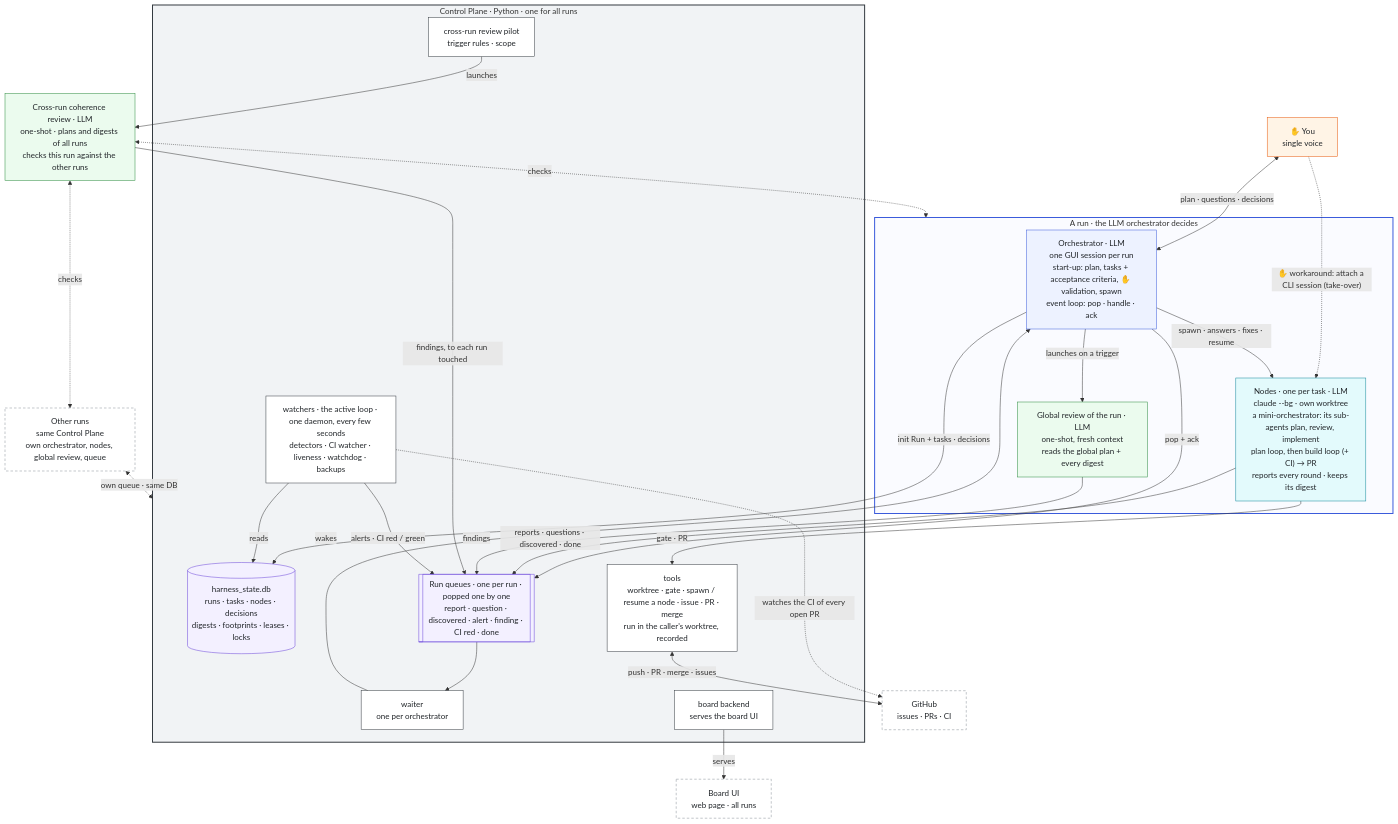
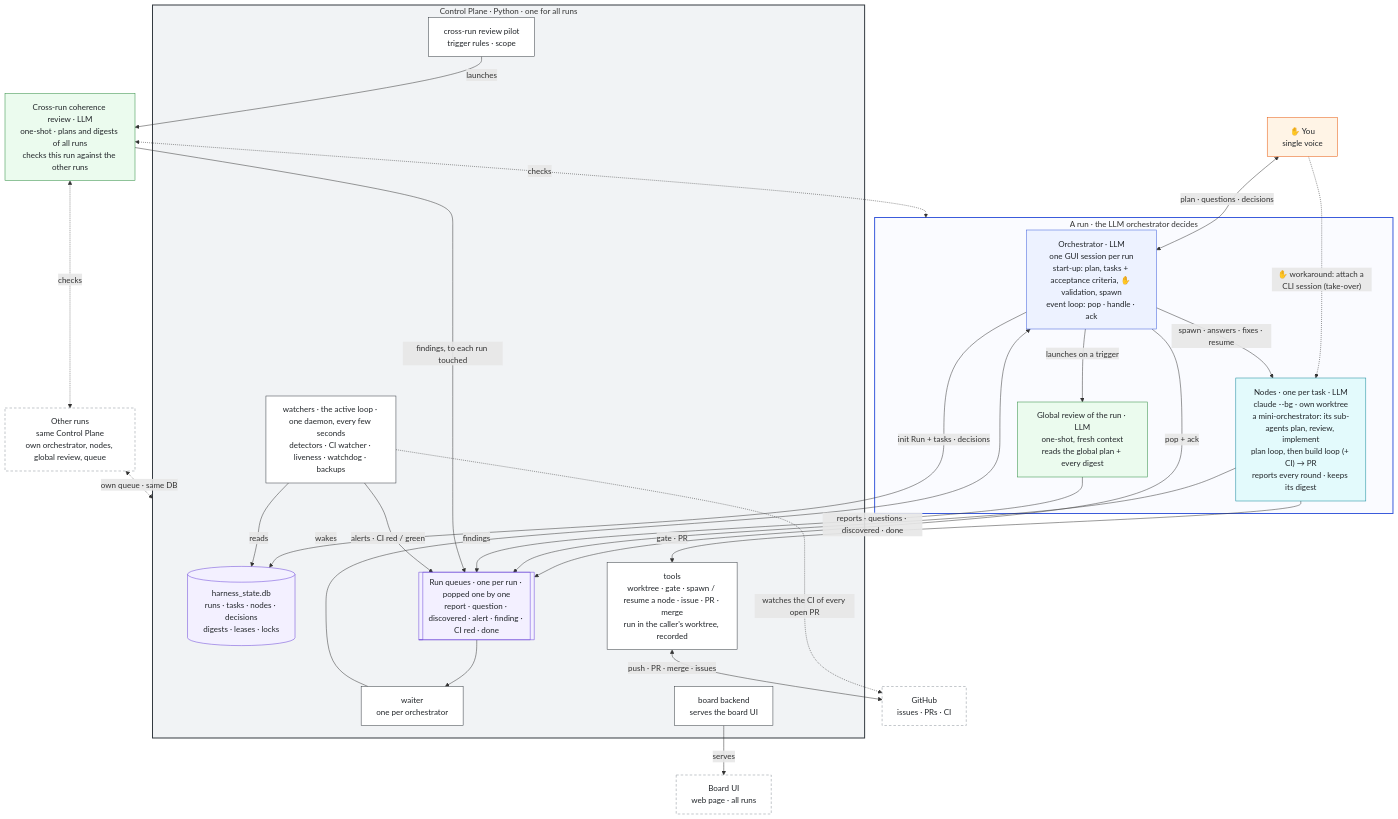
Before and after one commit to tmenguy/quiet-solar: the first of 7 diagrams in docs/epics/QS-369.md, drawn with Mermaid. The commit also changed other lines of this file and 2 other files, not shown here.

```diff
--- a/docs/epics/QS-369.md
+++ b/docs/epics/QS-369.md
@@ -526,7 +526,7 @@
     xr["Cross-run coherence review · LLM<br/>one-shot · plans and digests of all runs<br/>checks this run against the other runs"]
 
     subgraph CP["Control Plane · Python · one for all runs"]
-        state[("harness_state.db<br/>runs · tasks · nodes · decisions<br/>digests · footprints · leases · locks")]
+        state[("harness_state.db<br/>runs · tasks · nodes · decisions<br/>digests · leases · locks")]
         waiter["waiter<br/>one per orchestrator"]
         queue[["Run queues · one per run · popped one by one<br/>report · question · discovered · alert · finding · CI red · done"]]
         tools["tools<br/>worktree · gate · spawn / resume a node · issue · PR · merge<br/>run in the caller's worktree, recorded"]
```
